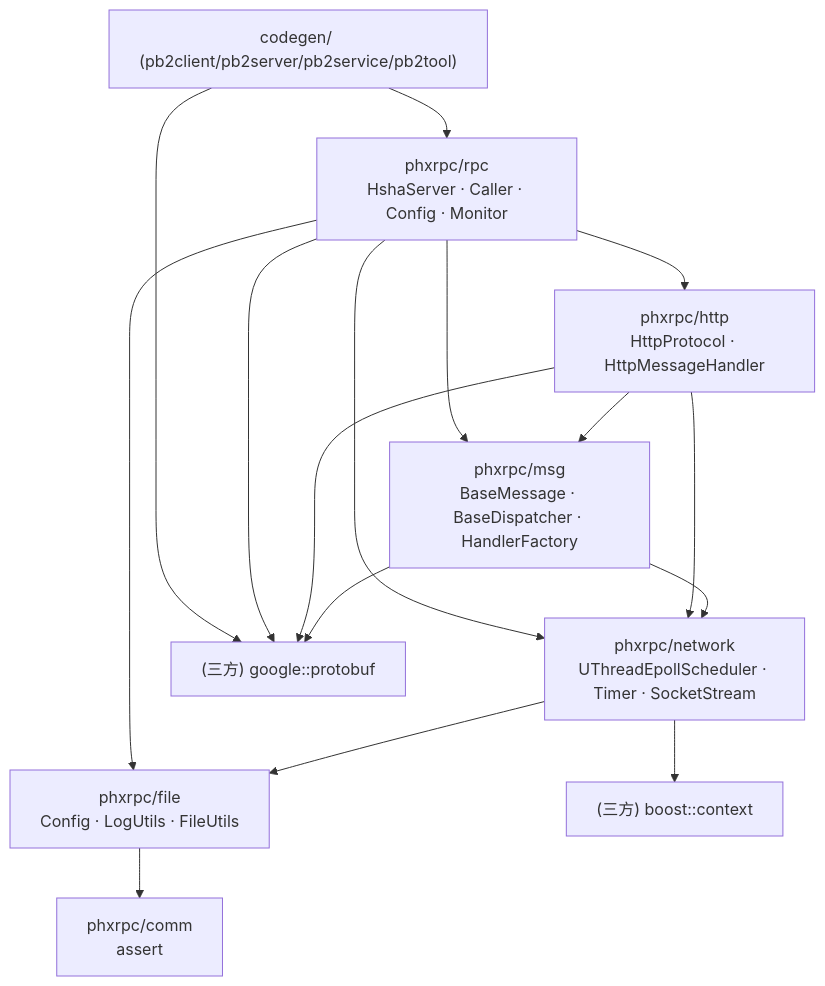
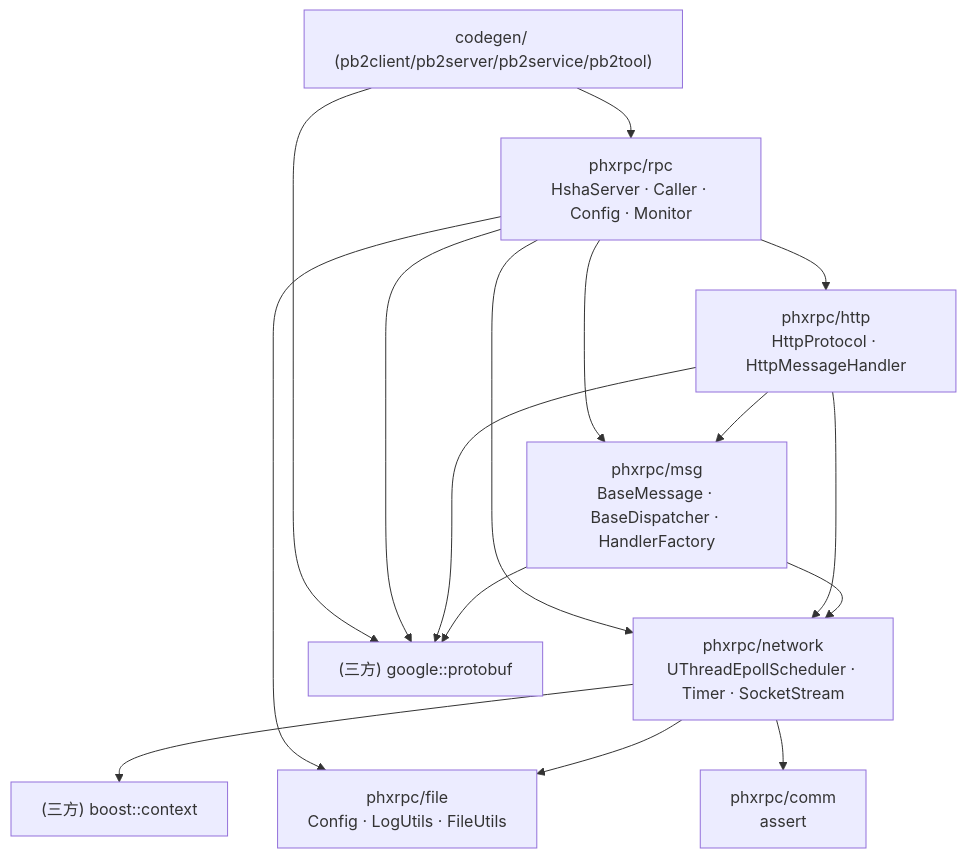
The diagram in docs/01-phxrpc-analysis.md (CJQ0304/qzrpc), drawn with Mermaid before and after one commit. The commit also changed other lines of this file and 3 other files, not shown here.

````diff
--- a/docs/01-phxrpc-analysis.md
+++ b/docs/01-phxrpc-analysis.md
@@ -37,28 +52,28 @@
 ```mermaid
 graph TD
     codegen["codegen/ (pb2client/pb2server/pb2service/pb2tool)"]
     rpc["phxrpc/rpc<br/>HshaServer · Caller · Config · Monitor"]
     http["phxrpc/http<br/>HttpProtocol · HttpMessageHandler"]
     msg["phxrpc/msg<br/>BaseMessage · BaseDispatcher · HandlerFactory"]
     network["phxrpc/network<br/>UThreadEpollScheduler · Timer · SocketStream"]
     file["phxrpc/file<br/>Config · LogUtils · FileUtils"]
     comm["phxrpc/comm<br/>assert"]
     pb["(三方) google::protobuf"]
     boost["(三方) boost::context"]
 
     codegen --> pb
     codegen --> rpc
     rpc --> http
     rpc --> msg
     rpc --> network
     rpc --> file
     http --> msg
     http --> network
     msg --> network
     network --> boost
     network --> file
-    file --> comm
+    network --> comm
     rpc --> pb
     http --> pb
     msg --> pb
 ```
````
